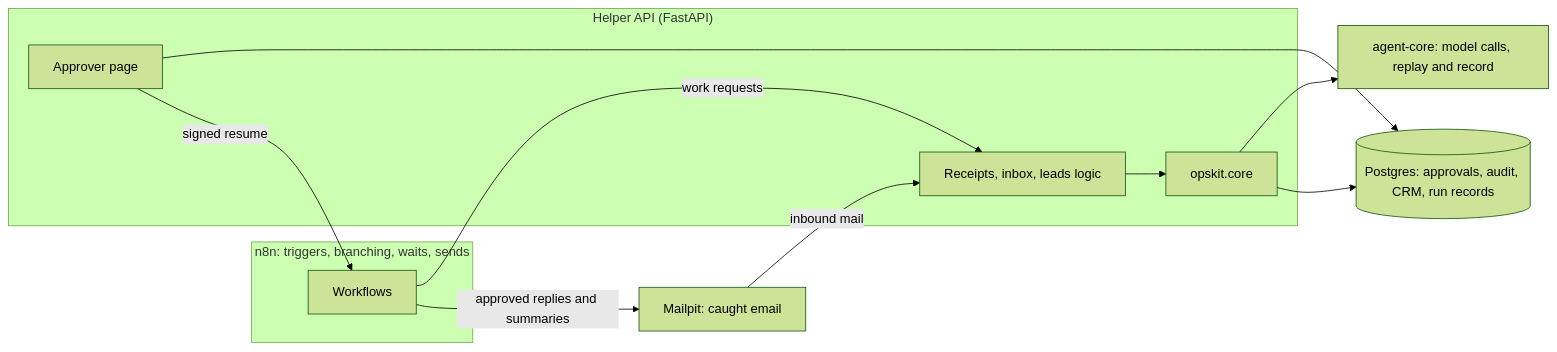
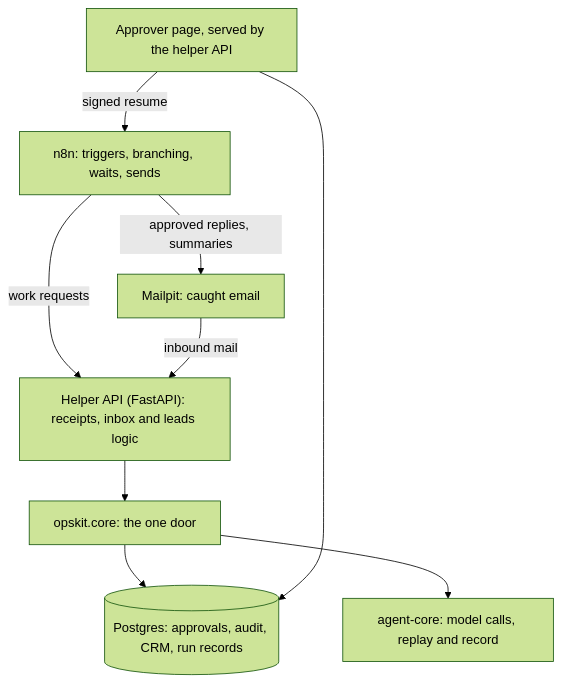
The diagram in docs/case-study.md (AOX-LLC/ops-automation-kit), drawn with Mermaid (forest theme) before and after one commit.

Commit message:
docs(case-study): simpler architecture diagram that lays out cleanly

````diff
--- a/docs/case-study.md
+++ b/docs/case-study.md
@@ -17,23 +17,19 @@
 ```mermaid
-flowchart LR
-    subgraph n8n["n8n: triggers, branching, waits, sends"]
-        WF["Workflows"]
-    end
-    subgraph api["Helper API (FastAPI)"]
-        H["Receipts, inbox, leads logic"]
-        AP["Approver page"]
-        CORE["opskit.core"]
-    end
+flowchart TD
+    N8N["n8n: triggers, branching, waits, sends"]
+    API["Helper API (FastAPI): receipts, inbox and leads logic"]
+    APPR["Approver page, served by the helper API"]
+    CORE["opskit.core: the one door"]
     AC["agent-core: model calls, replay and record"]
     PG[("Postgres: approvals, audit, CRM, run records")]
     MP["Mailpit: caught email"]
 
-    WF -- "work requests" --> H
-    H --> CORE
+    N8N -->|"work requests"| API
+    API --> CORE
     CORE --> AC
     CORE --> PG
-    AP --> PG
-    AP -- "signed resume" --> WF
-    WF -- "approved replies and summaries" --> MP
-    MP -- "inbound mail" --> H
+    APPR --> PG
+    APPR -->|"signed resume"| N8N
+    N8N -->|"approved replies, summaries"| MP
+    MP -->|"inbound mail"| API
 ```
````
